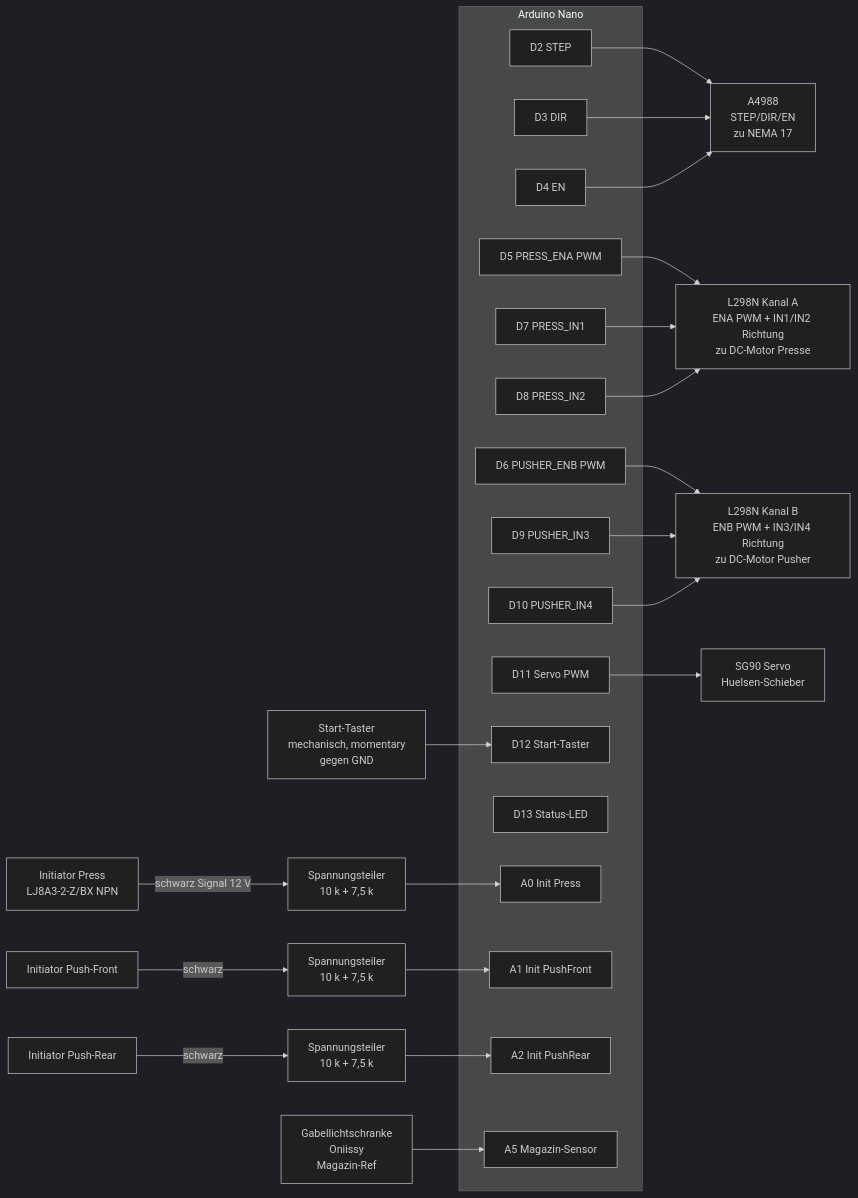
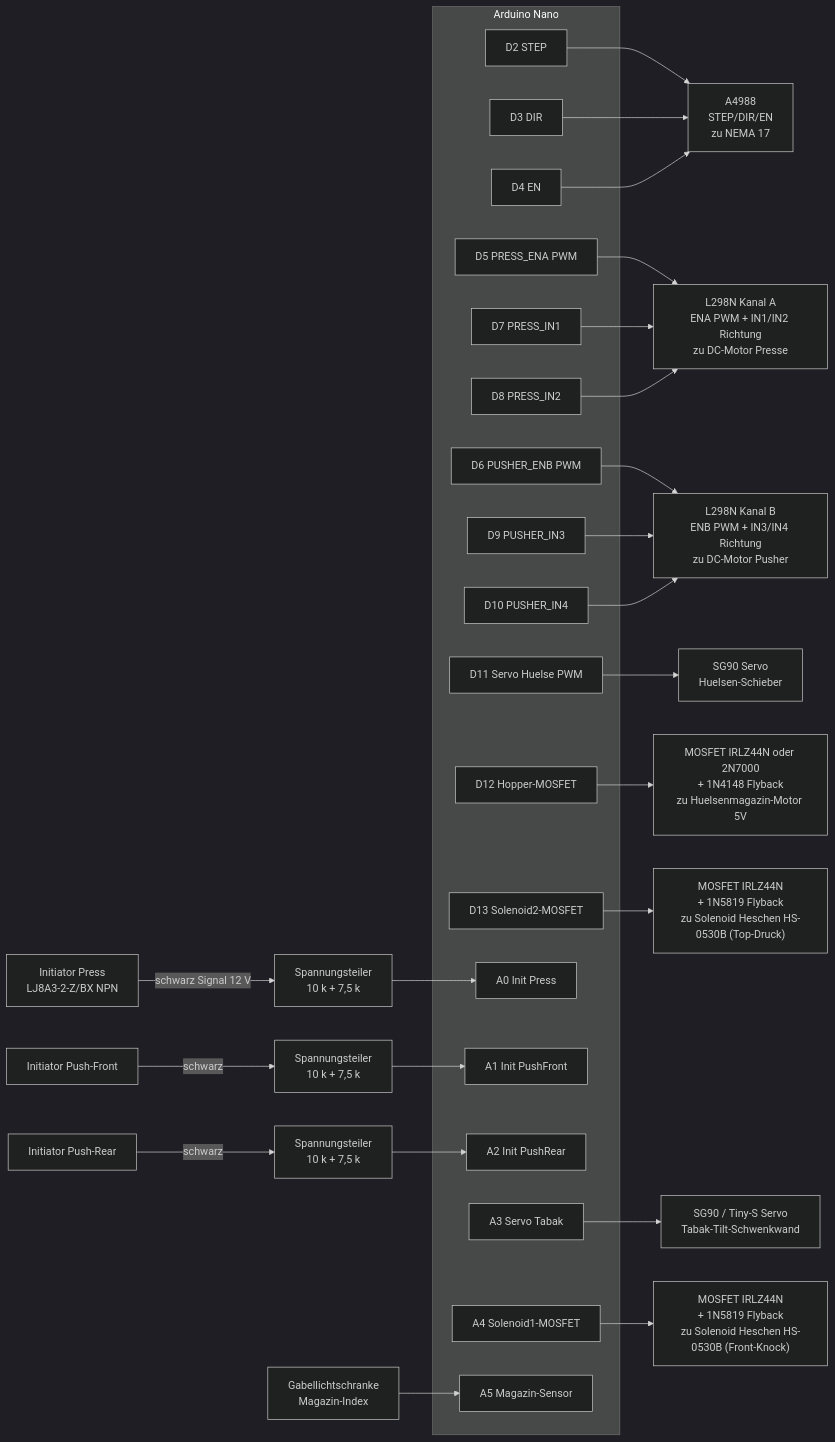
One commit to JohnsonRepo/stopf changed the second of 3 diagrams in docs/wiring.md. Above: the diagram before and after it, drawn with Mermaid (dark theme). The commit also changed other lines of this file and 7 other files, not shown here.

First line of the commit message:
feat: Start-Taster entfaellt, 3 MOSFET-Aktoren (Solenoide + Hopper-Motor)

````diff
--- a/docs/wiring.md
+++ b/docs/wiring.md
@@ -259,47 +259,52 @@
 ```mermaid
 flowchart LR
     subgraph NANO [Arduino Nano]
         D2["D2 STEP"]
         D3["D3 DIR"]
         D4["D4 EN"]
         D5["D5 PRESS_ENA PWM"]
         D6["D6 PUSHER_ENB PWM"]
         D7["D7 PRESS_IN1"]
         D8["D8 PRESS_IN2"]
         D9["D9 PUSHER_IN3"]
         D10["D10 PUSHER_IN4"]
-        D11["D11 Servo PWM"]
-        D12["D12 Start-Taster"]
-        D13["D13 Status-LED"]
+        D11["D11 Servo Huelse PWM"]
+        D12["D12 Hopper-MOSFET"]
+        D13["D13 Solenoid2-MOSFET"]
         A0["A0 Init Press"]
         A1["A1 Init PushFront"]
         A2["A2 Init PushRear"]
+        A3["A3 Servo Tabak"]
+        A4["A4 Solenoid1-MOSFET"]
         A5["A5 Magazin-Sensor"]
     end
 
     D2 --> A4988["A4988<br/>STEP/DIR/EN<br/>zu NEMA 17"]
     D3 --> A4988
     D4 --> A4988
 
     D5 --> L298N_A["L298N Kanal A<br/>ENA PWM + IN1/IN2 Richtung<br/>zu DC-Motor Presse"]
     D7 --> L298N_A
     D8 --> L298N_A
 
     D6 --> L298N_B["L298N Kanal B<br/>ENB PWM + IN3/IN4 Richtung<br/>zu DC-Motor Pusher"]
     D9 --> L298N_B
     D10 --> L298N_B
 
     D11 --> SERVO["SG90 Servo<br/>Huelsen-Schieber"]
+    A3 --> TABAK["SG90 / Tiny-S Servo<br/>Tabak-Tilt-Schwenkwand"]
 
-    BUTTON["Start-Taster<br/>mechanisch, momentary<br/>gegen GND"] --> D12
+    A4 --> MOS1["MOSFET IRLZ44N<br/>+ 1N5819 Flyback<br/>zu Solenoid Heschen HS-0530B (Front-Knock)"]
+    D13 --> MOS2["MOSFET IRLZ44N<br/>+ 1N5819 Flyback<br/>zu Solenoid Heschen HS-0530B (Top-Druck)"]
+    D12 --> MOS3["MOSFET IRLZ44N oder 2N7000<br/>+ 1N4148 Flyback<br/>zu Huelsenmagazin-Motor 5V"]
 
     DIV1["Spannungsteiler<br/>10 k + 7,5 k"] --> A0
     DIV2["Spannungsteiler<br/>10 k + 7,5 k"] --> A1
     DIV3["Spannungsteiler<br/>10 k + 7,5 k"] --> A2
 
     INIT_P["Initiator Press<br/>LJ8A3-2-Z/BX NPN"] -->|schwarz Signal 12 V| DIV1
     INIT_PF["Initiator Push-Front"] -->|schwarz| DIV2
     INIT_PR["Initiator Push-Rear"] -->|schwarz| DIV3
 
-    OPTO["Gabellichtschranke<br/>Oniissy<br/>Magazin-Ref"] --> A5
+    OPTO["Gabellichtschranke<br/>Magazin-Index"] --> A5
 ```
````
